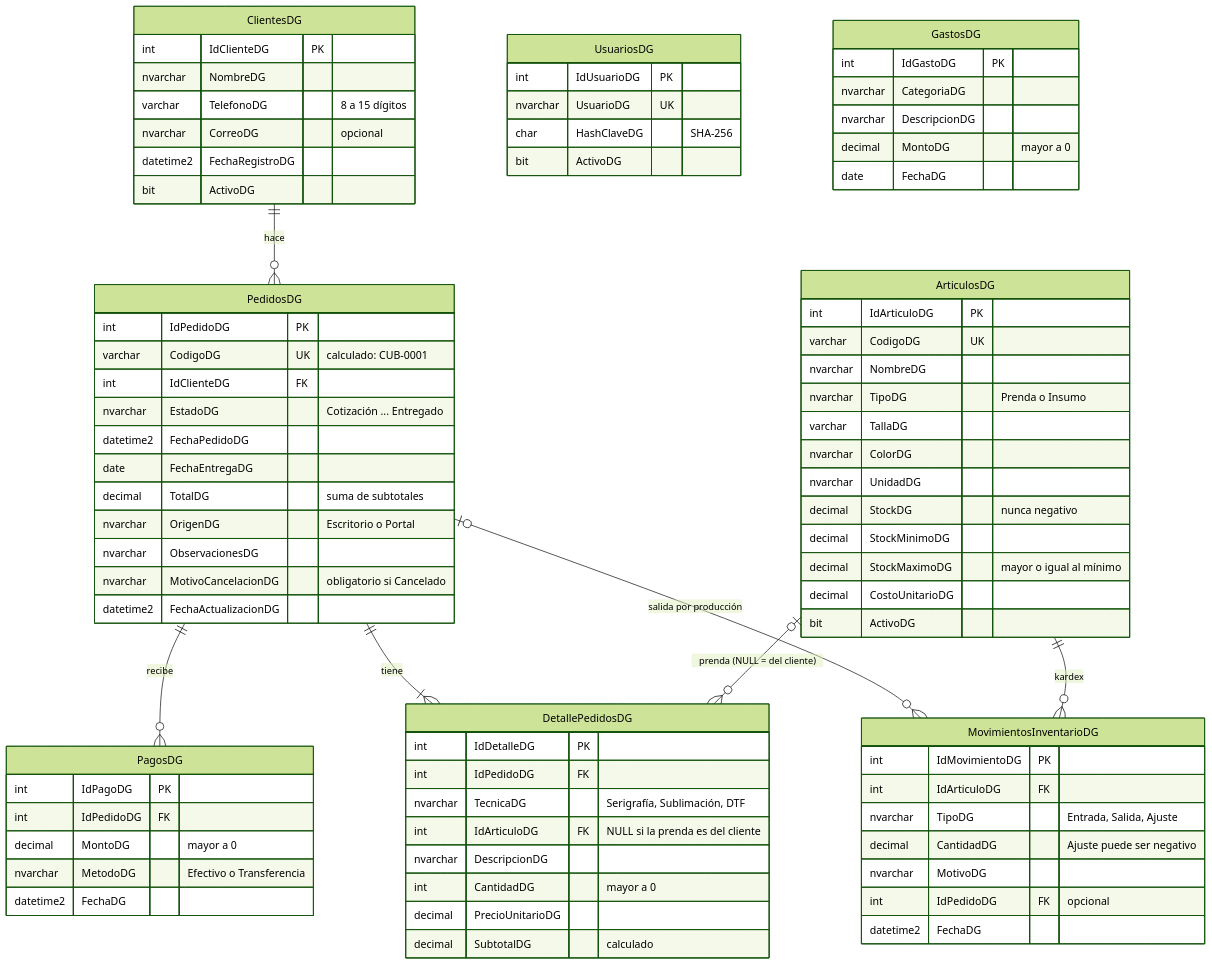
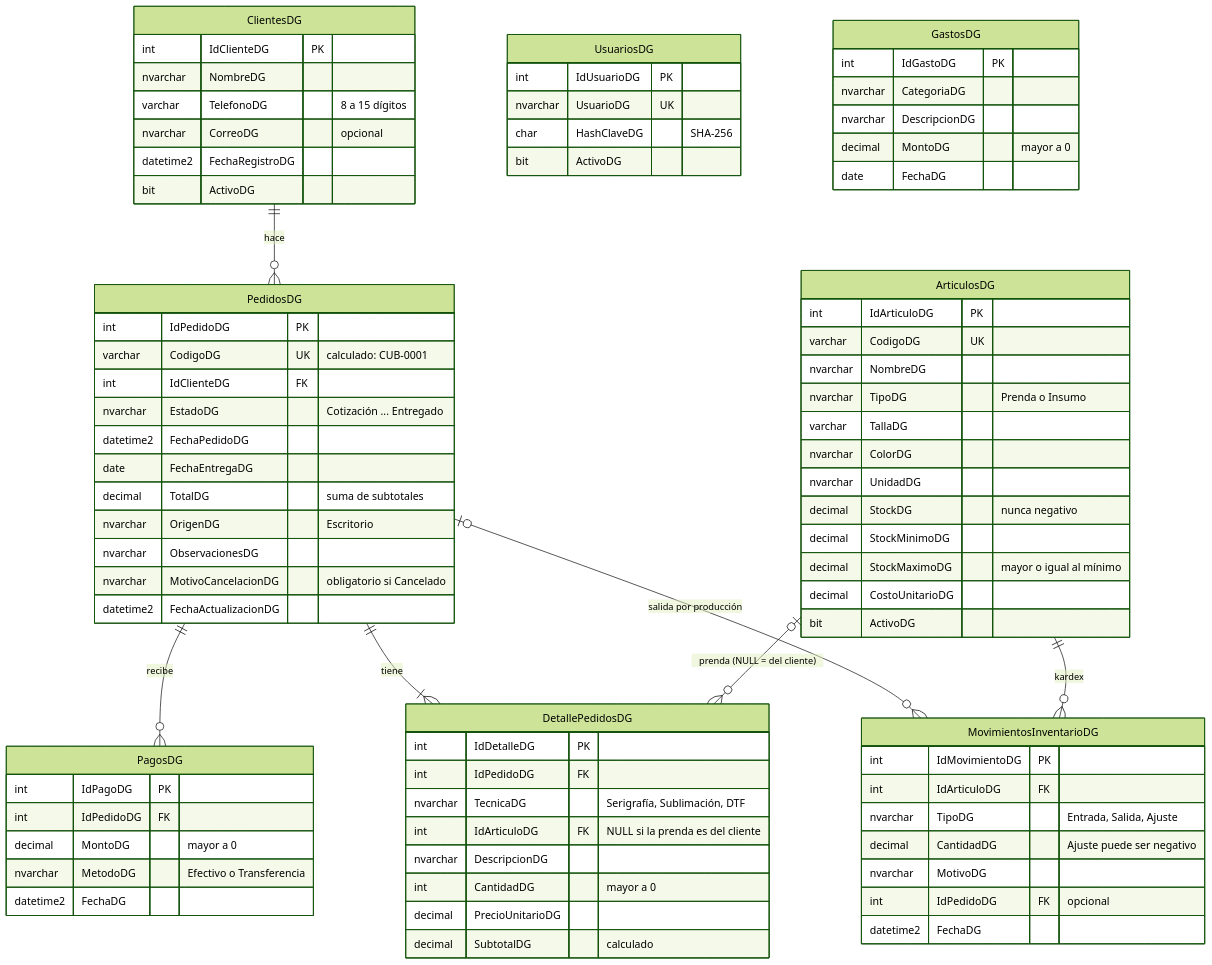
Before and after one commit to Darturo9/CubitoGrupo9: the diagram in docs/diagramas/05-modelo-er.mmd, drawn with Mermaid (forest theme). The commit also changed 32 other files, not shown here.

Commit message:
Quitar el portal web: la entrega es la aplicación de escritorio

```diff
--- a/docs/diagramas/05-modelo-er.mmd
+++ b/docs/diagramas/05-modelo-er.mmd
@@ -1,83 +1,83 @@
 %% Modelo entidad-relación de CubitoDB (sql/01-CrearBaseDG.sql)
 erDiagram
     ClientesDG ||--o{ PedidosDG : "hace"
     PedidosDG ||--o{ PagosDG : "recibe"
     PedidosDG ||--|{ DetallePedidosDG : "tiene"
     PedidosDG |o--o{ MovimientosInventarioDG : "salida por producción"
     ArticulosDG |o--o{ DetallePedidosDG : "prenda (NULL = del cliente)"
     ArticulosDG ||--o{ MovimientosInventarioDG : "kardex"
 
     UsuariosDG {
         int IdUsuarioDG PK
         nvarchar UsuarioDG UK
         char HashClaveDG "SHA-256"
         bit ActivoDG
     }
     ClientesDG {
         int IdClienteDG PK
         nvarchar NombreDG
         varchar TelefonoDG "8 a 15 dígitos"
         nvarchar CorreoDG "opcional"
         datetime2 FechaRegistroDG
         bit ActivoDG
     }
     ArticulosDG {
         int IdArticuloDG PK
         varchar CodigoDG UK
         nvarchar NombreDG
         nvarchar TipoDG "Prenda o Insumo"
         varchar TallaDG
         nvarchar ColorDG
         nvarchar UnidadDG
         decimal StockDG "nunca negativo"
         decimal StockMinimoDG
         decimal StockMaximoDG "mayor o igual al mínimo"
         decimal CostoUnitarioDG
         bit ActivoDG
     }
     PedidosDG {
         int IdPedidoDG PK
         varchar CodigoDG UK "calculado: CUB-0001"
         int IdClienteDG FK
         nvarchar EstadoDG "Cotización ... Entregado"
         datetime2 FechaPedidoDG
         date FechaEntregaDG
         decimal TotalDG "suma de subtotales"
-        nvarchar OrigenDG "Escritorio o Portal"
+        nvarchar OrigenDG "Escritorio"
         nvarchar ObservacionesDG
         nvarchar MotivoCancelacionDG "obligatorio si Cancelado"
         datetime2 FechaActualizacionDG
     }
     DetallePedidosDG {
         int IdDetalleDG PK
         int IdPedidoDG FK
         nvarchar TecnicaDG "Serigrafía, Sublimación, DTF"
         int IdArticuloDG FK "NULL si la prenda es del cliente"
         nvarchar DescripcionDG
         int CantidadDG "mayor a 0"
         decimal PrecioUnitarioDG
         decimal SubtotalDG "calculado"
     }
     MovimientosInventarioDG {
         int IdMovimientoDG PK
         int IdArticuloDG FK
         nvarchar TipoDG "Entrada, Salida, Ajuste"
         decimal CantidadDG "Ajuste puede ser negativo"
         nvarchar MotivoDG
         int IdPedidoDG FK "opcional"
         datetime2 FechaDG
     }
     PagosDG {
         int IdPagoDG PK
         int IdPedidoDG FK
         decimal MontoDG "mayor a 0"
         nvarchar MetodoDG "Efectivo o Transferencia"
         datetime2 FechaDG
     }
     GastosDG {
         int IdGastoDG PK
         nvarchar CategoriaDG
         nvarchar DescripcionDG
         decimal MontoDG "mayor a 0"
         date FechaDG
     }
```
